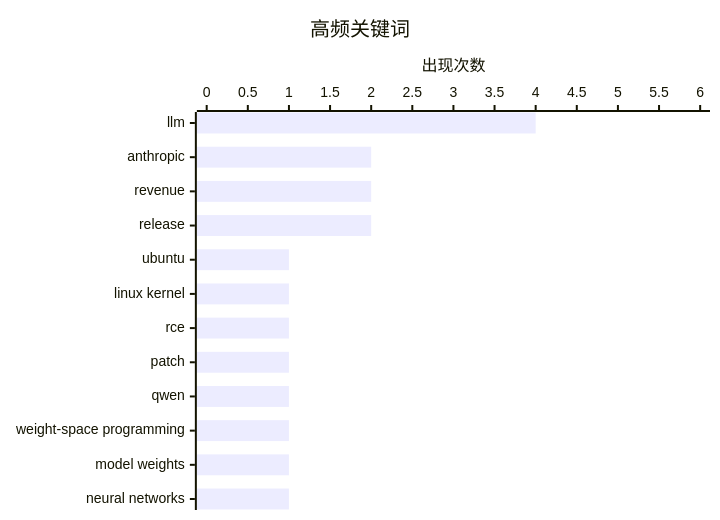
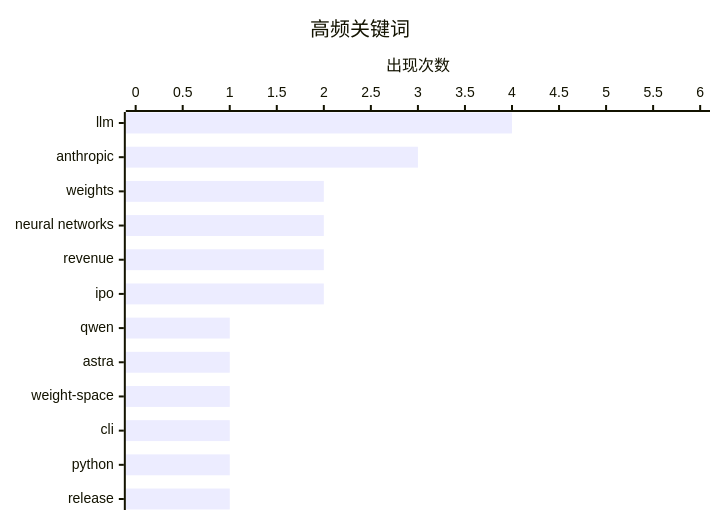
One commit to jingxiebumin/ai-daily-digest changed the second of 2 diagrams in digests/digest-20261103.md. Above: the diagram before and after it, drawn with Mermaid. The commit also changed other lines of this file, not shown here.

````diff
--- a/digests/digest-20261103.md
+++ b/digests/digest-20261103.md
@@ -413,7 +370,7 @@
 ```mermaid
 xychart-beta horizontal
     title "高频关键词"
-    x-axis ["llm", "anthropic", "revenue", "release", "ubuntu", "linux kernel", "rce", "patch", "qwen", "weight-space programming", "model weights", "neural networks"]
+    x-axis ["llm", "anthropic", "weights", "neural networks", "revenue", "ipo", "qwen", "astra", "weight-space", "cli", "python", "release"]
     y-axis "出现次数" 0 --> 6
-    bar [4, 2, 2, 2, 1, 1, 1, 1, 1, 1, 1, 1]
+    bar [4, 3, 2, 2, 2, 2, 1, 1, 1, 1, 1, 1]
 ```
````
